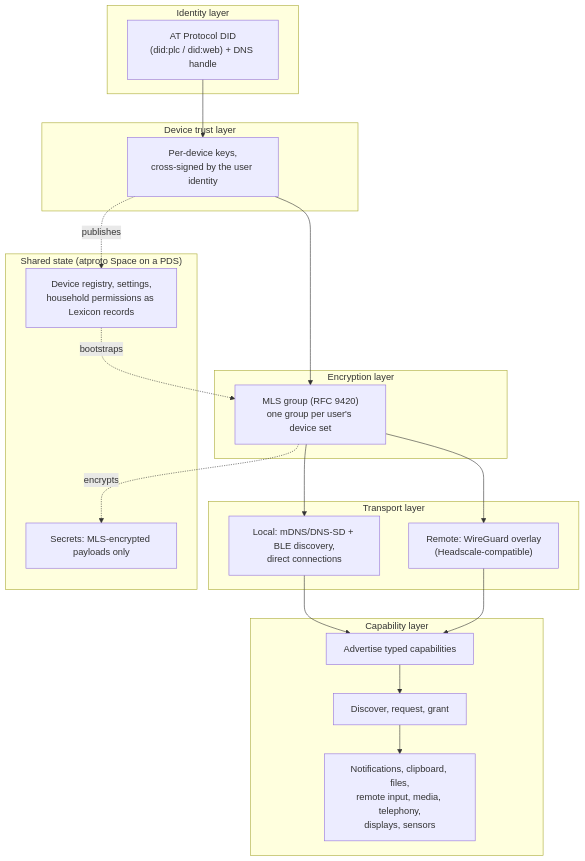
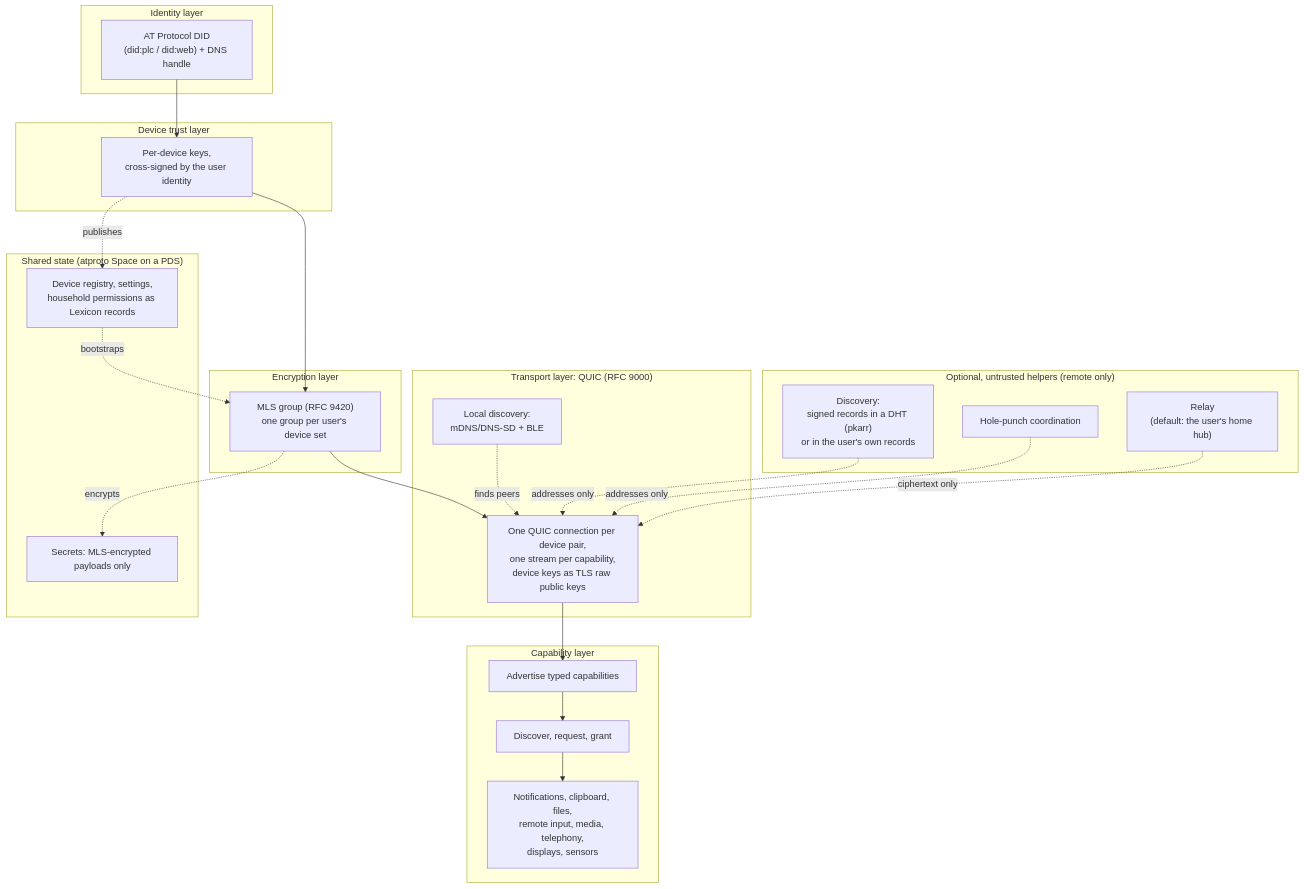
The diagram in README.md (garth/ligature-protocol), drawn with Mermaid before and after one commit. The commit also changed other lines of this file and 24 other files, not shown here.

First line of the commit message:
LP-3 Revise transport: QUIC + MLS, decentralised helpers, WireGuard optional

````diff
--- a/README.md
+++ b/README.md
@@ -26,35 +30,45 @@
 ```mermaid
 flowchart TB
     subgraph Identity["Identity layer"]
         DID["AT Protocol DID<br/>(did:plc / did:web) + DNS handle"]
     end
 
     subgraph Trust["Device trust layer"]
         XS["Per-device keys,<br/>cross-signed by the user identity"]
     end
 
     subgraph Crypto["Encryption layer"]
         MLS["MLS group (RFC 9420)<br/>one group per user's device set"]
     end
 
-    subgraph Transport["Transport layer"]
-        LAN["Local: mDNS/DNS-SD + BLE discovery,<br/>direct connections"]
-        WAN["Remote: WireGuard overlay<br/>(Headscale-compatible)"]
+    subgraph Transport["Transport layer: QUIC (RFC 9000)"]
+        QUIC["One QUIC connection per device pair,<br/>one stream per capability,<br/>device keys as TLS raw public keys"]
+        LAN["Local discovery:<br/>mDNS/DNS-SD + BLE"]
+    end
+
+    subgraph Helpers["Optional, untrusted helpers (remote only)"]
+        DISC["Discovery:<br/>signed records in a DHT (pkarr)<br/>or in the user's own records"]
+        PUNCH["Hole-punch coordination"]
+        RELAY["Relay<br/>(default: the user's home hub)"]
     end
 
     subgraph Caps["Capability layer"]
         ADV["Advertise typed capabilities"]
         GRANT["Discover, request, grant"]
         USE["Notifications, clipboard, files,<br/>remote input, media, telephony,<br/>displays, sensors"]
     end
 
     subgraph State["Shared state (atproto Space on a PDS)"]
         REG["Device registry, settings,<br/>household permissions as Lexicon records"]
         SEC["Secrets: MLS-encrypted payloads only"]
     end
 
-    DID --> XS --> MLS --> LAN & WAN --> ADV --> GRANT --> USE
+    DID --> XS --> MLS --> QUIC --> ADV --> GRANT --> USE
+    LAN -. "finds peers" .-> QUIC
+    DISC -. "addresses only" .-> QUIC
+    PUNCH -. "addresses only" .-> QUIC
+    RELAY -. "ciphertext only" .-> QUIC
     XS -. "publishes" .-> REG
     MLS -. "encrypts" .-> SEC
     REG -. "bootstraps" .-> MLS
 ```
````
